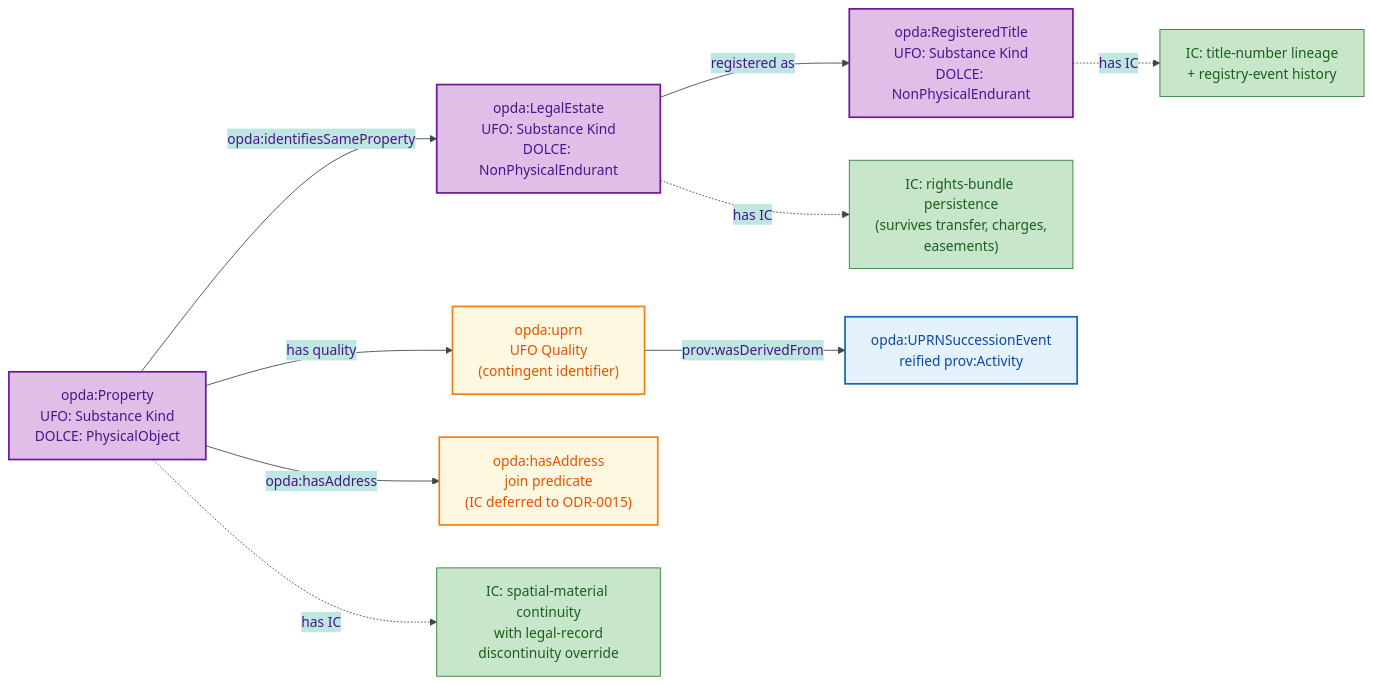
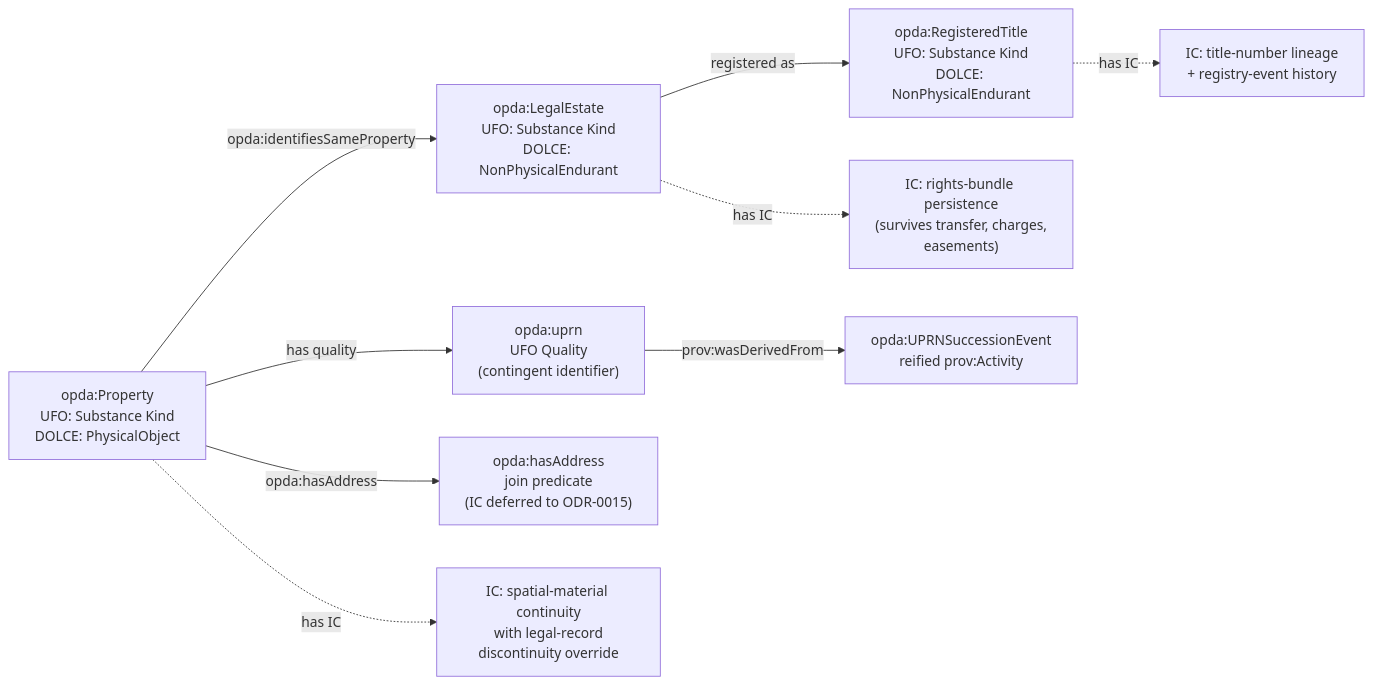
One commit to sparkling/opda changed the first of 3 diagrams in docs/ontology/odr/ODR-0005-property-land-identity-crux.md. Above: the diagram before and after it, drawn with Mermaid. The commit also changed other lines of this file and 25 other files, not shown here.

````diff
--- a/docs/ontology/odr/ODR-0005-property-land-identity-crux.md
+++ b/docs/ontology/odr/ODR-0005-property-land-identity-crux.md
@@ -27,33 +27,28 @@
 ```mermaid
-%%{init: {"theme": "base", "themeVariables": {"primaryColor": "#E1BEE7", "primaryTextColor": "#4A148C", "primaryBorderColor": "#6A1B9A", "lineColor": "#37474F"}}}%%
 flowchart LR
     accTitle: ODR-0005 Three-Class Property Model
     accDescr: Shows the three UFO Substance Kinds committed by ODR-0005 — Property (physical), LegalEstate (legal-institutional), and RegisteredTitle (registry-record) — with their identity criteria and relationships
 
-    classDef substanceKind fill:#E1BEE7,stroke:#6A1B9A,stroke-width:2px,color:#4A148C
-    classDef identifier fill:#FFF8E1,stroke:#F57F17,stroke-width:2px,color:#E65100
-    classDef event fill:#E3F2FD,stroke:#1565C0,stroke-width:2px,color:#0D47A1
-    classDef ic fill:#C8E6C9,stroke:#2E7D32,stroke-width:1px,color:#1B5E20
 
-    PROP["opda:Property<br/>UFO: Substance Kind<br/>DOLCE: PhysicalObject"]:::substanceKind
-    LE["opda:LegalEstate<br/>UFO: Substance Kind<br/>DOLCE: NonPhysicalEndurant"]:::substanceKind
-    RT["opda:RegisteredTitle<br/>UFO: Substance Kind<br/>DOLCE: NonPhysicalEndurant"]:::substanceKind
+    PROP["opda:Property<br/>UFO: Substance Kind<br/>DOLCE: PhysicalObject"]:::user
+    LE["opda:LegalEstate<br/>UFO: Substance Kind<br/>DOLCE: NonPhysicalEndurant"]:::user
+    RT["opda:RegisteredTitle<br/>UFO: Substance Kind<br/>DOLCE: NonPhysicalEndurant"]:::user
 
-    UPRN["opda:uprn<br/>UFO Quality<br/>(contingent identifier)"]:::identifier
-    ADDR["opda:hasAddress<br/>join predicate<br/>(IC deferred to ODR-0015)"]:::identifier
-    SUCCESSION["opda:UPRNSuccessionEvent<br/>reified prov:Activity"]:::event
+    UPRN["opda:uprn<br/>UFO Quality<br/>(contingent identifier)"]:::data
+    ADDR["opda:hasAddress<br/>join predicate<br/>(IC deferred to ODR-0015)"]:::data
+    SUCCESSION["opda:UPRNSuccessionEvent<br/>reified prov:Activity"]:::infra
 
-    IC_PROP["IC: spatial-material continuity<br/>with legal-record<br/>discontinuity override"]:::ic
-    IC_LE["IC: rights-bundle persistence<br/>(survives transfer, charges,<br/>easements)"]:::ic
-    IC_RT["IC: title-number lineage<br/>+ registry-event history"]:::ic
+    IC_PROP["IC: spatial-material continuity<br/>with legal-record<br/>discontinuity override"]:::success
+    IC_LE["IC: rights-bundle persistence<br/>(survives transfer, charges,<br/>easements)"]:::success
+    IC_RT["IC: title-number lineage<br/>+ registry-event history"]:::success
 
     PROP -->|"opda:identifiesSameProperty"| LE
     LE -->|"registered as"| RT
     PROP -->|"has quality"| UPRN
     UPRN -->|"prov:wasDerivedFrom"| SUCCESSION
     PROP -->|"opda:hasAddress"| ADDR
 
     PROP -.->|"has IC"| IC_PROP
     LE -.->|"has IC"| IC_LE
     RT -.->|"has IC"| IC_RT
 ```
````
